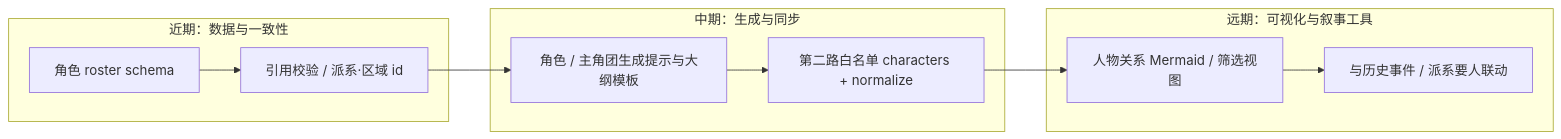
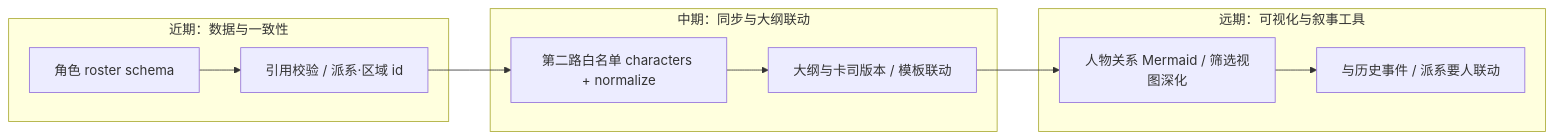
The third of 3 diagrams in README.md (Lucas-Wang-THU/Magic_Creater_World), drawn with Mermaid before and after one commit. The commit also changed other lines of this file and 26 other files, not shown here.

````diff
--- a/README.md
+++ b/README.md
@@ -134,20 +136,20 @@
 ```mermaid
 flowchart LR
   subgraph 近期["近期：数据与一致性"]
     M1[角色 roster schema]
     M2[引用校验 / 派系·区域 id]
   end
-  subgraph 中期["中期：生成与同步"]
-    G1[角色 / 主角团生成提示与大纲模板]
-    G2[第二路白名单 characters + normalize]
+  subgraph 中期["中期：同步与大纲联动"]
+    G1[第二路白名单 characters + normalize]
+    G2[大纲与卡司版本 / 模板联动]
   end
   subgraph 远期["远期：可视化与叙事工具"]
-    V1[人物关系 Mermaid / 筛选视图]
+    V1[人物关系 Mermaid / 筛选视图深化]
     V2[与历史事件 / 派系要人联动]
   end
   M1 --> M2
   M2 --> G1
   G1 --> G2
   G2 --> V1
   V1 --> V2
 ```
````
